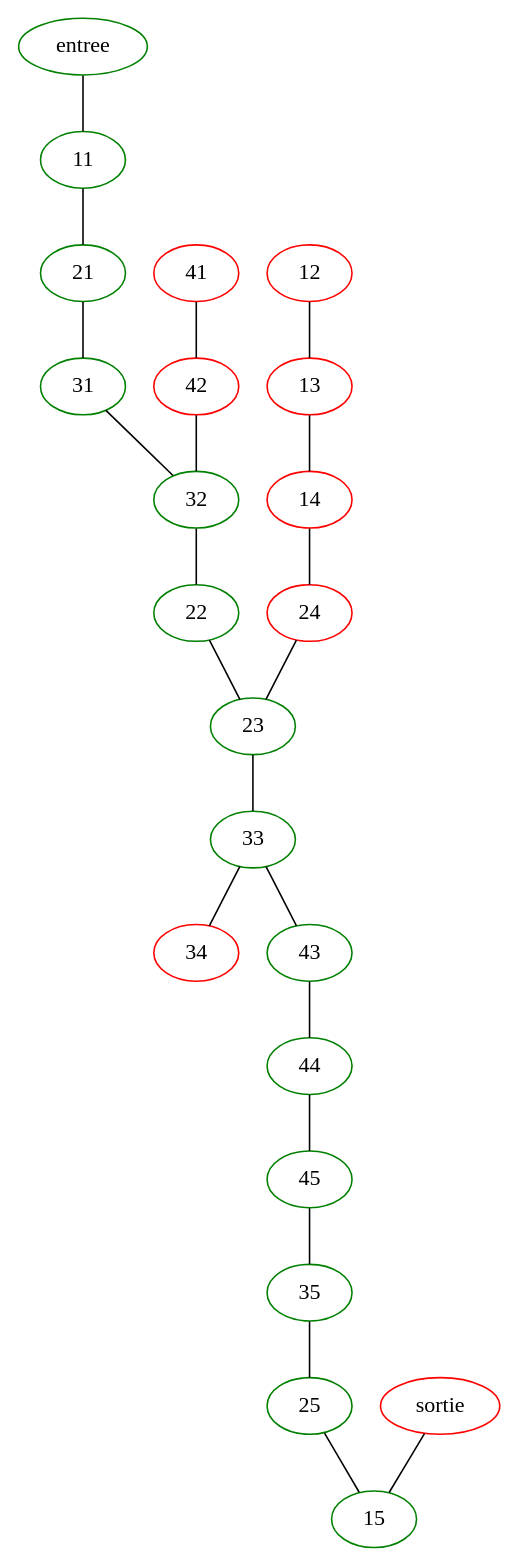
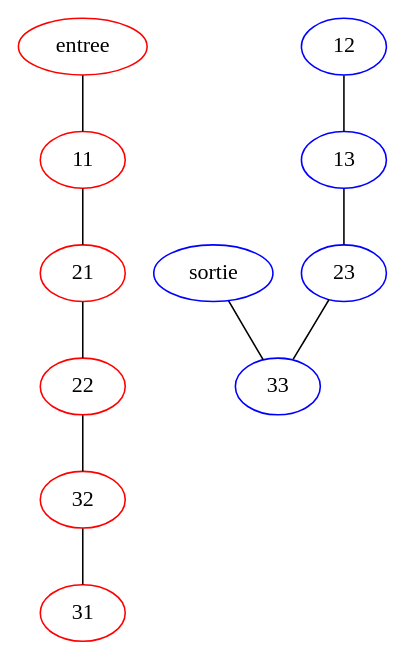
The diagram in tp_graphes/TP4/graphe.dot (ptitguigui/Licence_Info-S5), drawn with Graphviz before and after one commit. The commit also changed 5 other files, not shown here.

```diff
--- a/tp_graphes/TP4/graphe.dot
+++ b/tp_graphes/TP4/graphe.dot
@@ -1,45 +1,22 @@
 graph {
-entree [color=GREEN]
-sortie [color=RED]
-11 [color=GREEN]
-12 [color=RED]
-13 [color=RED]
-14 [color=RED]
-15 [color=GREEN]
-21 [color=GREEN]
-22 [color=GREEN]
-23 [color=GREEN]
-24 [color=RED]
-25 [color=GREEN]
-31 [color=GREEN]
-32 [color=GREEN]
-33 [color=GREEN]
-34 [color=RED]
-35 [color=GREEN]
-41 [color=RED]
-42 [color=RED]
-43 [color=GREEN]
-44 [color=GREEN]
-45 [color=GREEN]
+entree [color=RED]
+sortie [color=BLUE]
+11 [color=RED]
+12 [color=BLUE]
+13 [color=BLUE]
+21 [color=RED]
+22 [color=RED]
+23 [color=BLUE]
+31 [color=RED]
+32 [color=RED]
+33 [color=BLUE]
  entree -- 11 
- sortie -- 15 
+ sortie -- 33 
  11 -- 21 
- 21 -- 31 
- 31 -- 32 
- 41 -- 42 
- 42 -- 32 
- 32 -- 22 
- 22 -- 23 
+ 21 -- 22 
+ 22 -- 32 
+ 32 -- 31 
  12 -- 13 
- 13 -- 14 
- 14 -- 24 
- 24 -- 23 
+ 13 -- 23 
  23 -- 33 
- 33 -- 34 
- 33 -- 43 
- 43 -- 44 
- 44 -- 45 
- 45 -- 35 
- 35 -- 25 
- 25 -- 15 
 }
```
